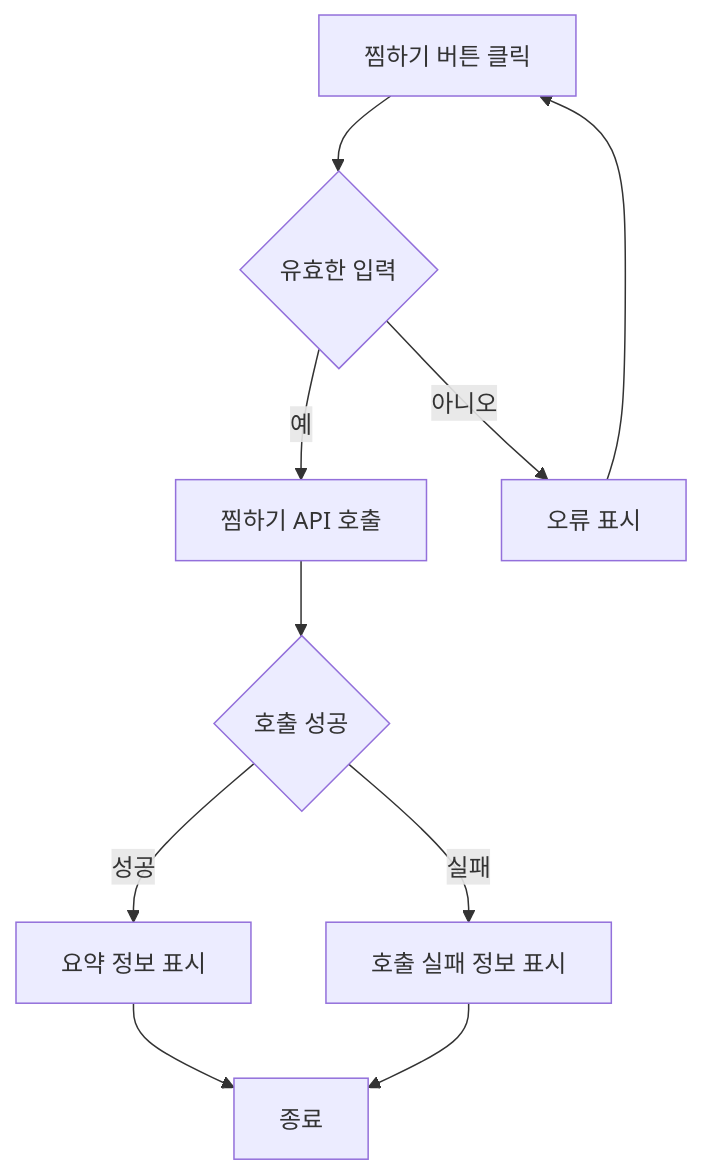
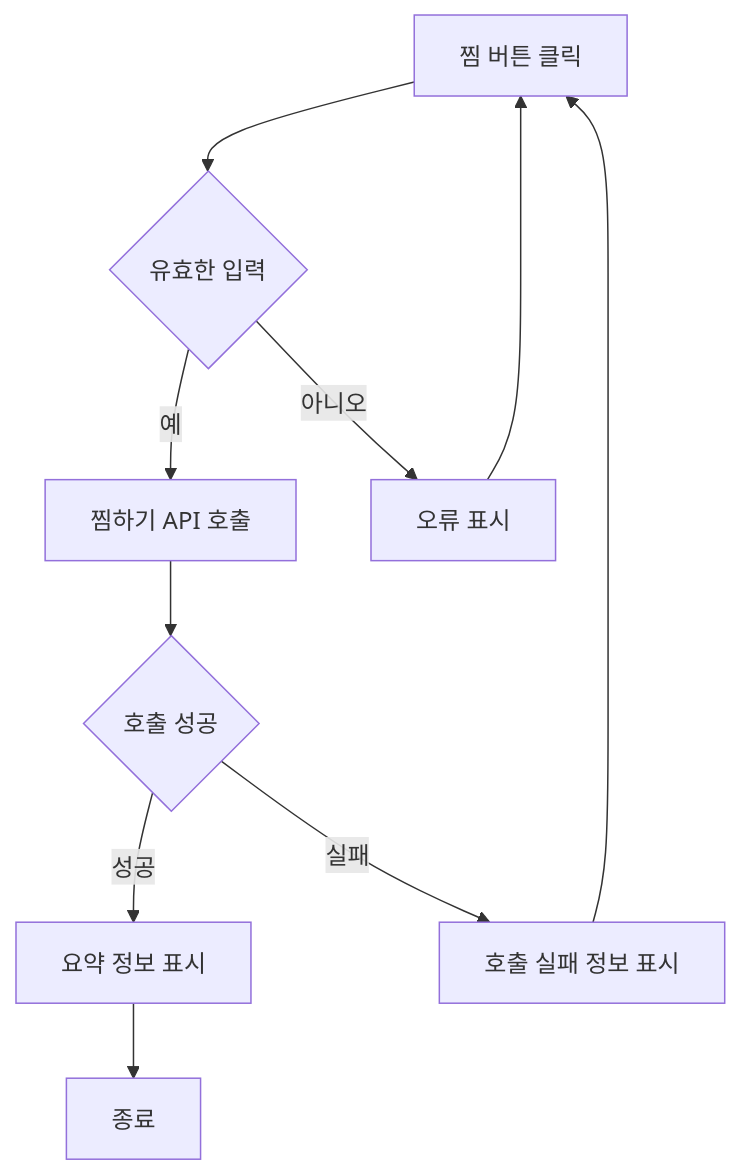
The diagram in design/기능정의서.md (mirinae700/fastcampus-onboarding-project), drawn with Mermaid before and after one commit.

````diff
--- a/design/기능정의서.md
+++ b/design/기능정의서.md
@@ -26,12 +26,12 @@
 ```mermaid
 flowchart TD
-    A[찜하기 버튼 클릭] --> B[입력 항목 유효성 검증]
+    A[찜 버튼 클릭] --> B[입력 항목 유효성 검증]
     B{유효한 입력} -- 예 --> C[찜하기 API 호출]
     B{유효한 입력} -- 아니오 --> D[오류 표시]
     D --> A
     C --> E{호출 성공}
     E -- 성공 --> F[요약 정보 표시]
     E -- 실패 --> H[호출 실패 정보 표시]
+    H --> A
     F --> Z[종료]
-    H --> Z[종료]
 ```
````
